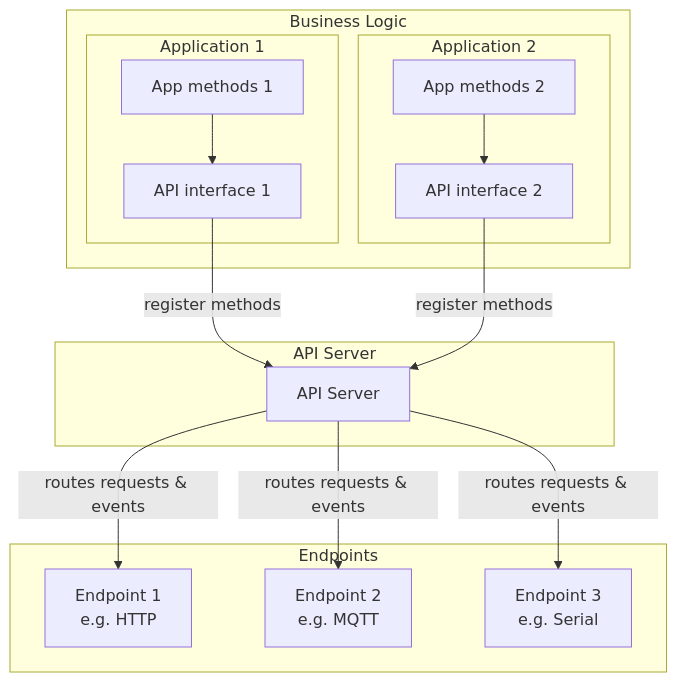
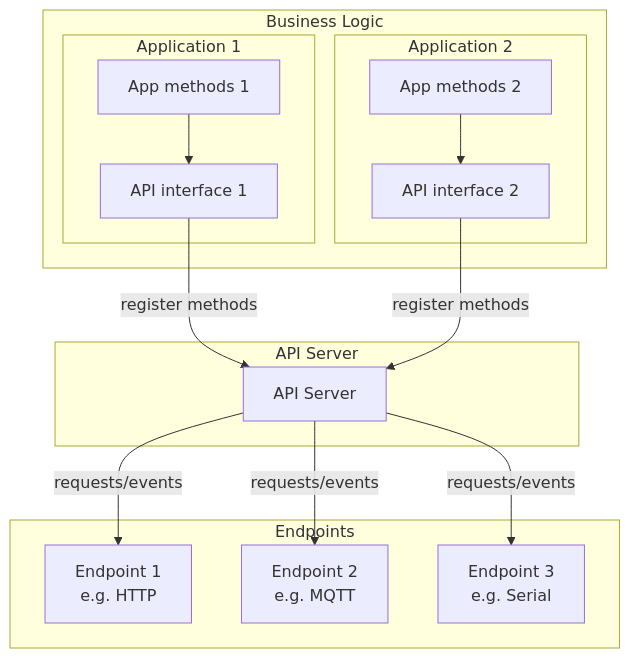
One commit to pierrejay/esp32-wifi-api-dev changed the first of 2 diagrams in lib/APIServer/README.md. Above: the diagram before and after it, drawn with Mermaid. The commit also changed other lines of this file, not shown here.

Commit message:
Update APIServer docs

````diff
--- a/lib/APIServer/README.md
+++ b/lib/APIServer/README.md
@@ -45,42 +45,42 @@
 ```mermaid
 graph TB
     subgraph "Business Logic"
         subgraph "Application 1"
             BL1[App methods 1]
             API1[API interface 1]
         end
 
         subgraph "Application 2"
             BL2[App methods 2]
             API2[API interface 2]
         end
     end
 
     subgraph "API Server"
         AS[API Server]
     end
 
     subgraph "Endpoints"
         EP1[Endpoint 1<br>e.g. HTTP]
         EP2[Endpoint 2<br>e.g. MQTT]
         EP3[Endpoint 3<br>e.g. Serial]
     end
 
     %% Connexions Application 1
     BL1 --> API1
     API1 --> |register methods| AS
 
     %% Connexions Application 2
     BL2 --> API2
     API2 --> |register methods| AS
 
     %% Connexions API Server vers Endpoints
-    AS --> |routes requests & events| EP1
-    AS --> |routes requests & events| EP2
-    AS --> |routes requests & events| EP3
+    AS --> |requests/events| EP1
+    AS --> |requests/events| EP2
+    AS --> |requests/events| EP3
 
     class BL1,BL2 businessLogic
     class API1,API2 apiInterface
     class EP1,EP2,EP3 endpoint
     class AS server
 ```
````
